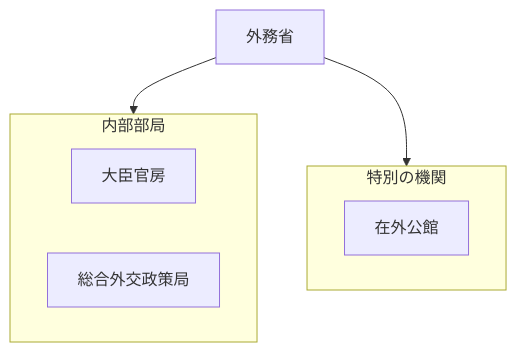
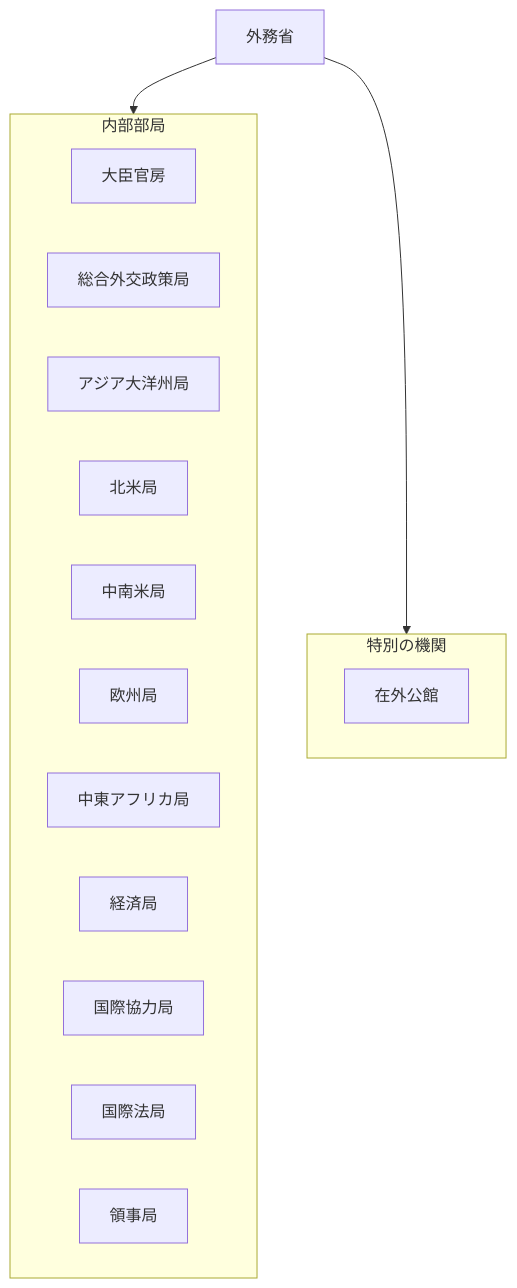
Before and after one commit to tatemaru/jp-admin-org-chart: the diagram in 行政機構/外務省/README.md, drawn with Mermaid. The commit also changed 12 other files, not shown here.

First line of the commit message:
chore(snapshot): 行政機構図 2025.8 に追従

````diff
--- a/行政機構/外務省/README.md
+++ b/行政機構/外務省/README.md
@@ -5,13 +5,22 @@
 ```mermaid
 flowchart TB
   root["外務省"]
   subgraph g0["内部部局"]
     n0_0["大臣官房"]
     n0_1["総合外交政策局"]
+    n0_2["アジア大洋州局"]
+    n0_3["北米局"]
+    n0_4["中南米局"]
+    n0_5["欧州局"]
+    n0_6["中東アフリカ局"]
+    n0_7["経済局"]
+    n0_8["国際協力局"]
+    n0_9["国際法局"]
+    n0_10["領事局"]
   end
   root --> g0
   subgraph g1["特別の機関"]
     n1_0["在外公館"]
   end
   root --> g1
 ```
````
